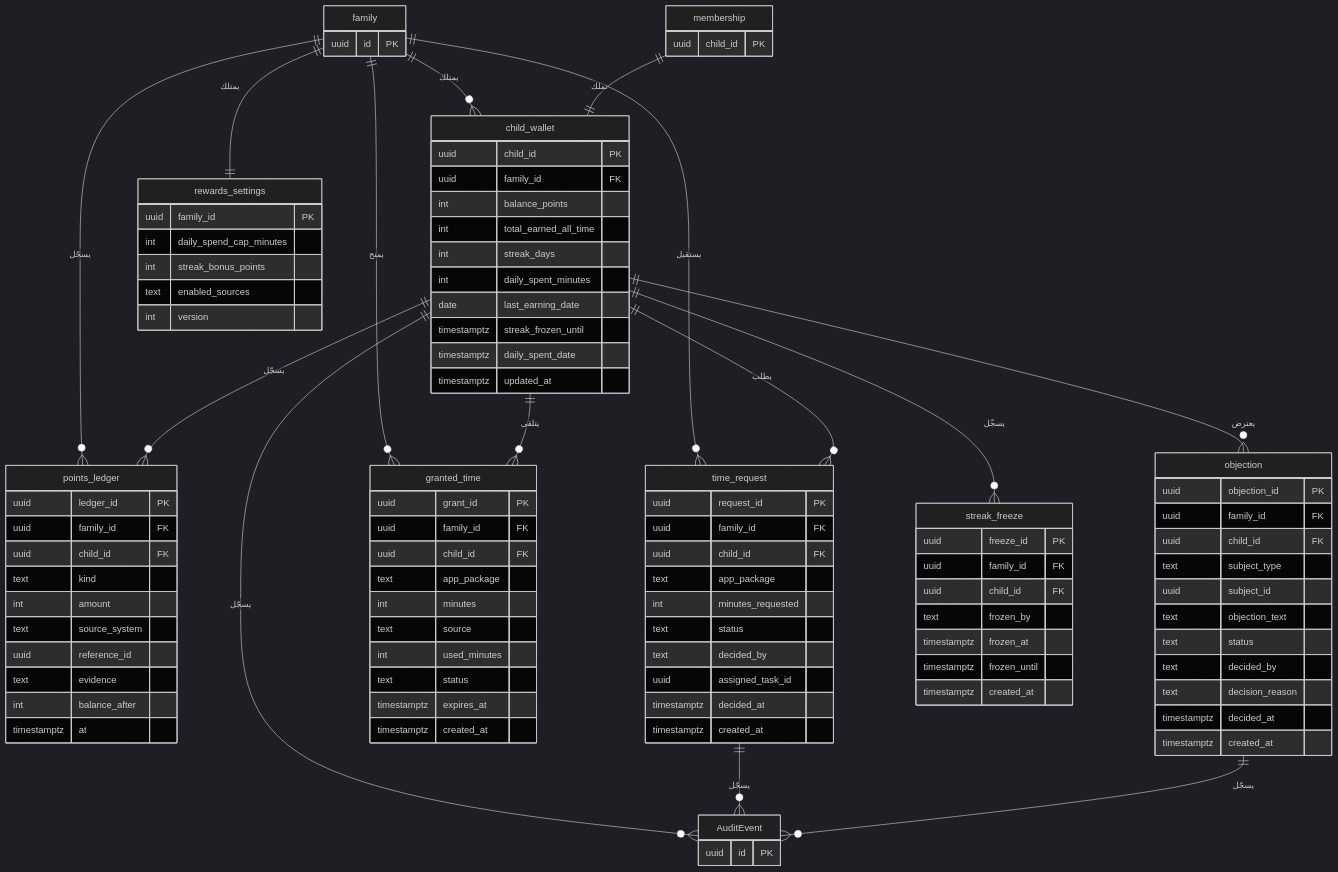
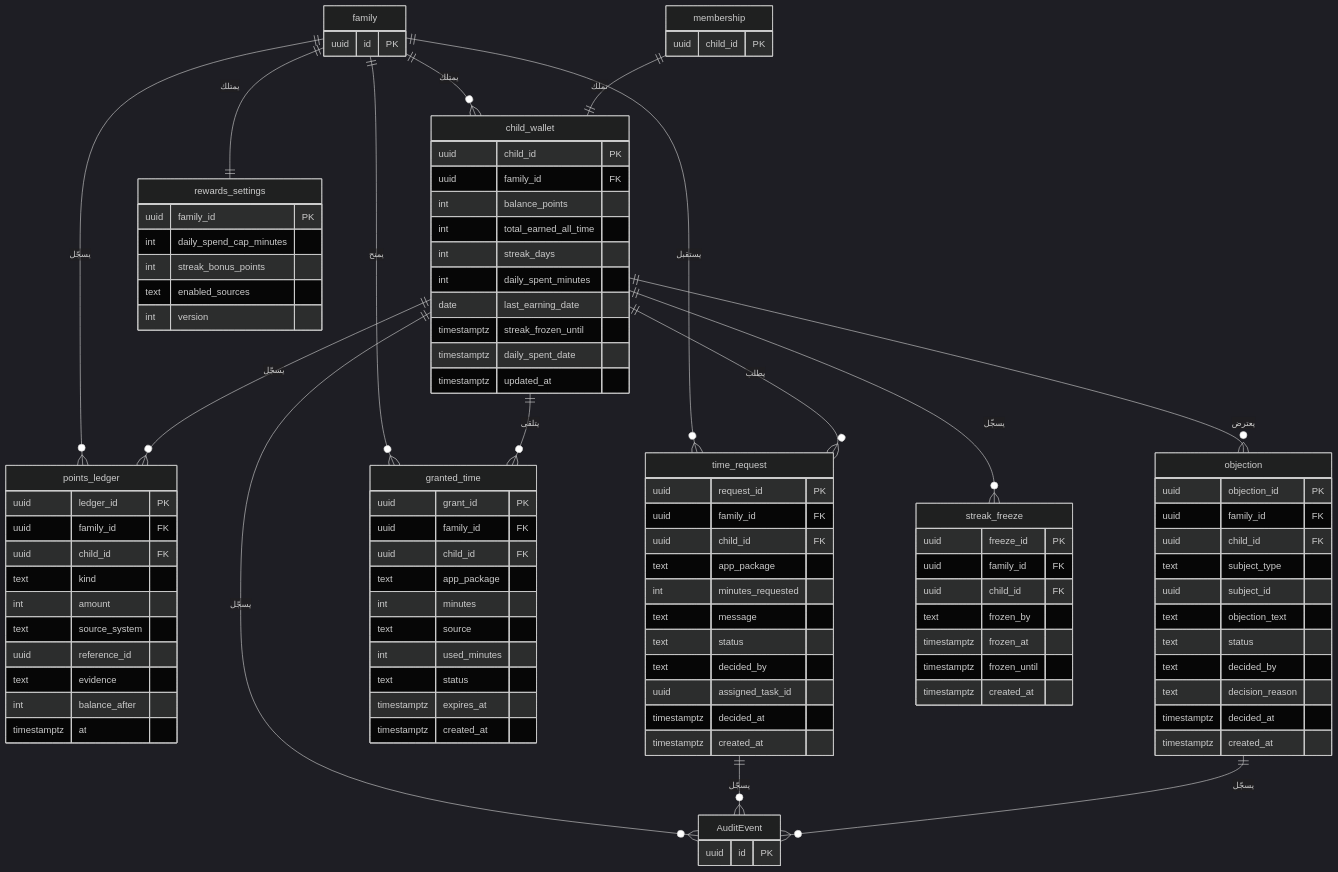
Before and after one commit to Bassam-mohammed-alqaeadi/family-os-v2: the fourth of 26 diagrams in docs/family-os/governance/phases/phase-1/S1-05-rewards-children/DIAGRAMS.md, drawn with Mermaid (dark theme). The commit also changed other lines of this file and 22 other files, not shown here.

First line of the commit message:
docs(governance): diagrams approved (Q-445), Q-440 choices settled (Q-444), second layer closed (Q-443)

```diff
--- a/docs/family-os/governance/phases/phase-1/S1-05-rewards-children/DIAGRAMS.md
+++ b/docs/family-os/governance/phases/phase-1/S1-05-rewards-children/DIAGRAMS.md
@@ -173,6 +174,7 @@
         uuid child_id FK
         text app_package
         int minutes_requested
+        text message
         text status
         text decided_by
         uuid assigned_task_id
```
